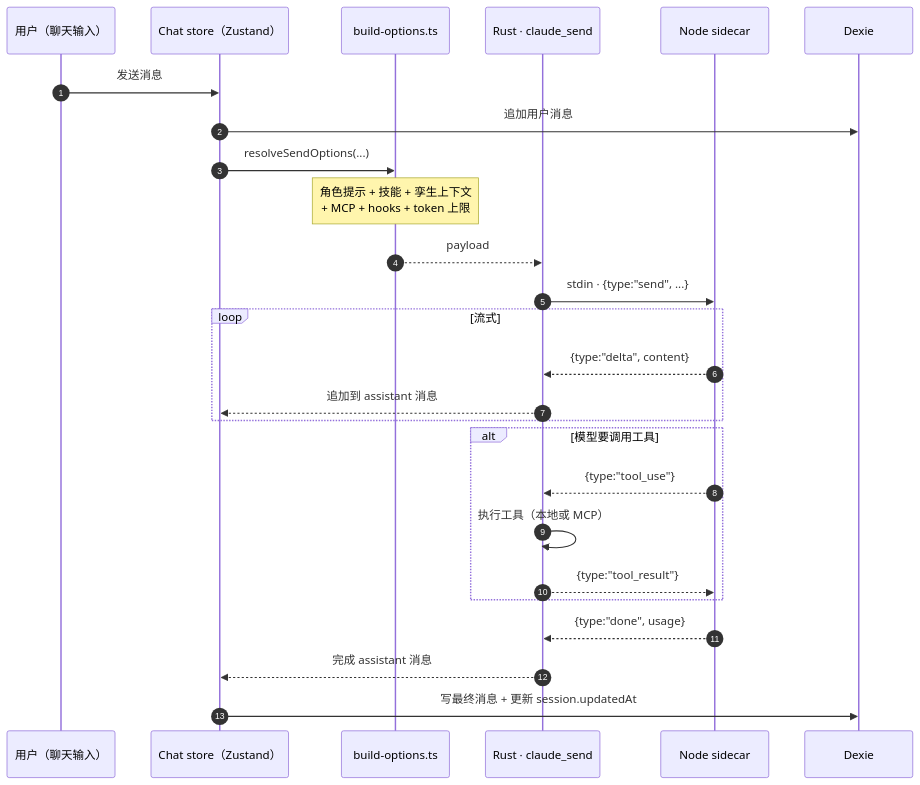
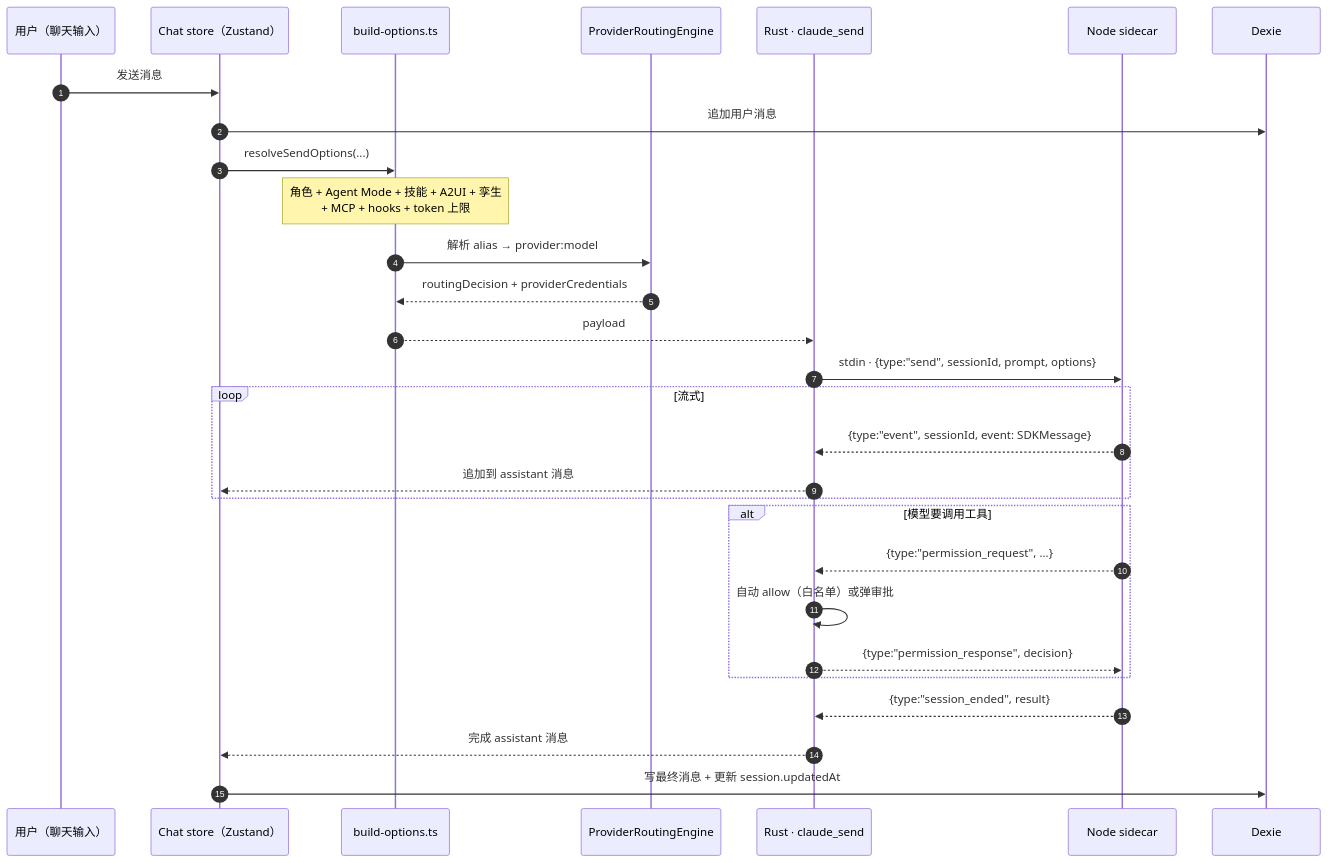
The diagram in docs/content/docs/zh/chat-and-skills.mdx (MaxQian888/cognia-next), drawn with Mermaid before and after one commit. The commit also changed other lines of this file and 211 other files, not shown here.

````diff
--- a/docs/content/docs/zh/chat-and-skills.mdx
+++ b/docs/content/docs/zh/chat-and-skills.mdx
@@ -25,32 +34,35 @@
 ```mermaid
 sequenceDiagram
   autonumber
   participant U as 用户（聊天输入）
   participant Store as Chat store（Zustand）
   participant Build as build-options.ts
+  participant Route as ProviderRoutingEngine
   participant Tauri as Rust · claude_send
   participant SC as Node sidecar
   participant Dexie as Dexie
 
   U->>Store: 发送消息
   Store->>Dexie: 追加用户消息
   Store->>Build: resolveSendOptions(...)
-  Note over Build: 角色提示 + 技能 + 孪生上下文<br/>+ MCP + hooks + token 上限
+  Note over Build: 角色 + Agent Mode + 技能 + A2UI + 孪生<br/>+ MCP + hooks + token 上限
+  Build->>Route: 解析 alias → provider:model
+  Route-->>Build: routingDecision + providerCredentials
   Build-->>Tauri: payload
-  Tauri->>SC: stdin · {type:"send", ...}
+  Tauri->>SC: stdin · {type:"send", sessionId, prompt, options}
 
   loop 流式
-    SC-->>Tauri: {type:"delta", content}
+    SC-->>Tauri: {type:"event", sessionId, event: SDKMessage}
     Tauri-->>Store: 追加到 assistant 消息
   end
 
   alt 模型要调用工具
-    SC-->>Tauri: {type:"tool_use"}
-    Tauri->>Tauri: 执行工具（本地或 MCP）
-    Tauri-->>SC: {type:"tool_result"}
+    SC-->>Tauri: {type:"permission_request", ...}
+    Tauri->>Tauri: 自动 allow（白名单）或弹审批
+    Tauri-->>SC: {type:"permission_response", decision}
   end
 
-  SC-->>Tauri: {type:"done", usage}
+  SC-->>Tauri: {type:"session_ended", result}
   Tauri-->>Store: 完成 assistant 消息
   Store->>Dexie: 写最终消息 + 更新 session.updatedAt
 ```
````
